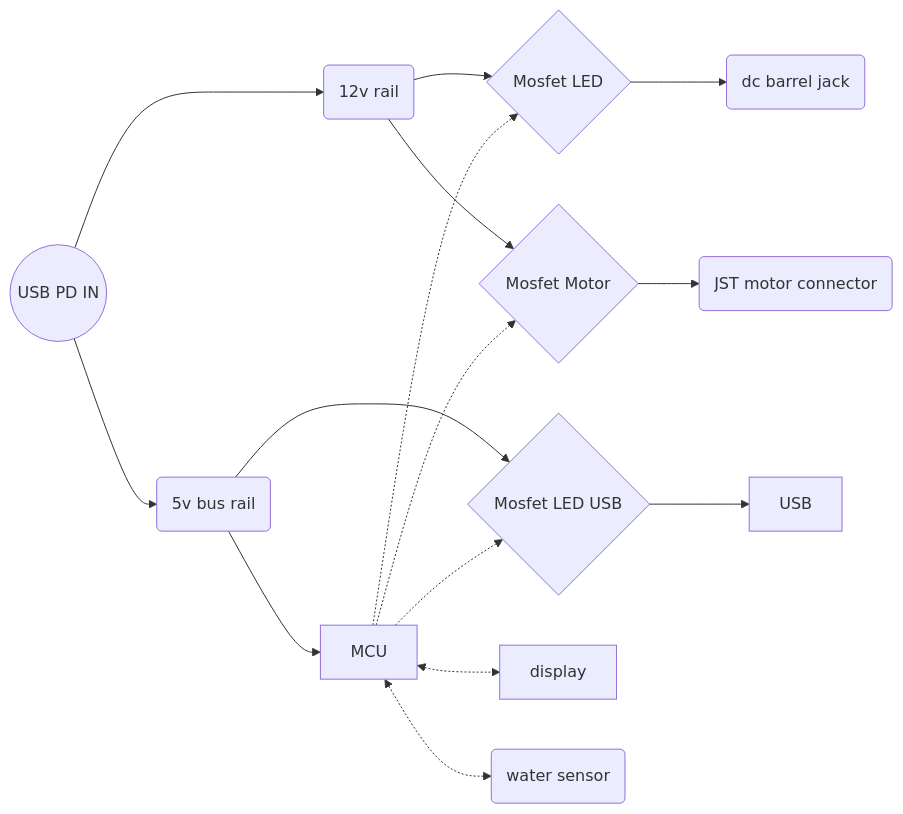
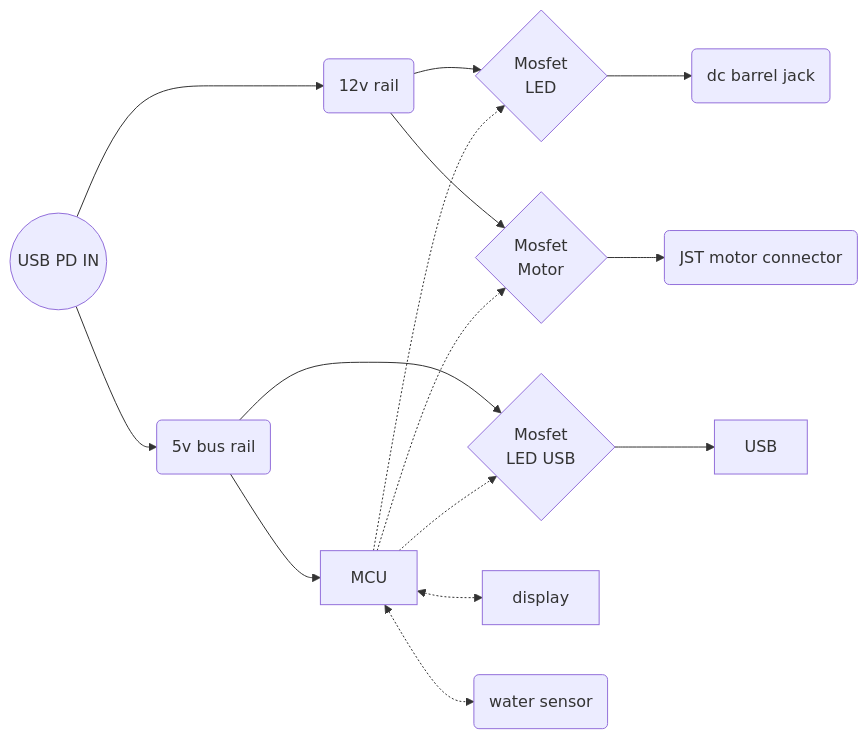
Before and after one commit to tomasApo/SmartBasil: the diagram in README.md, drawn with Mermaid.

Commit message:
modified:   README.md

````diff
--- a/README.md
+++ b/README.md
@@ -4,11 +4,14 @@
 ```mermaid 
 graph LR
     PD((USB PD IN )) --> 12v(12v rail) & 5v(5v bus rail);
-   12v --> LED{"Mosfet LED"} --> DC(dc barrel jack);
-   12v --> Motor{"Mosfet Motor"} --> motorCOnnector("JST motor connector");
+   12v --> LED{"Mosfet 
+   LED"} --> DC(dc barrel jack);
+   12v --> Motor{"Mosfet 
+   Motor"} --> motorCOnnector("JST motor connector");
 
-   5v -->  LEDBus{"Mosfet LED USB"} --> USB;
+   5v -->  LEDBus{"Mosfet 
+   LED USB"} --> USB;
 
    5v --> MCU -.-> LED & LEDBus & Motor;
    MCU <-.-> display & water(water sensor);
 ```
````
